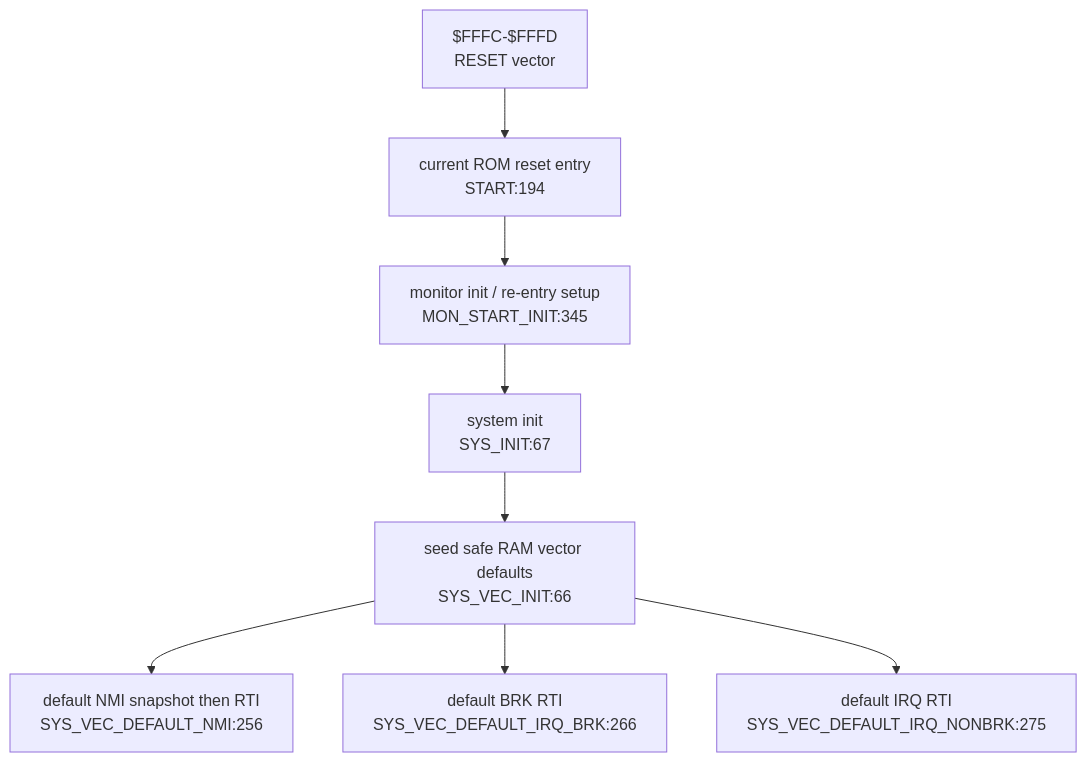
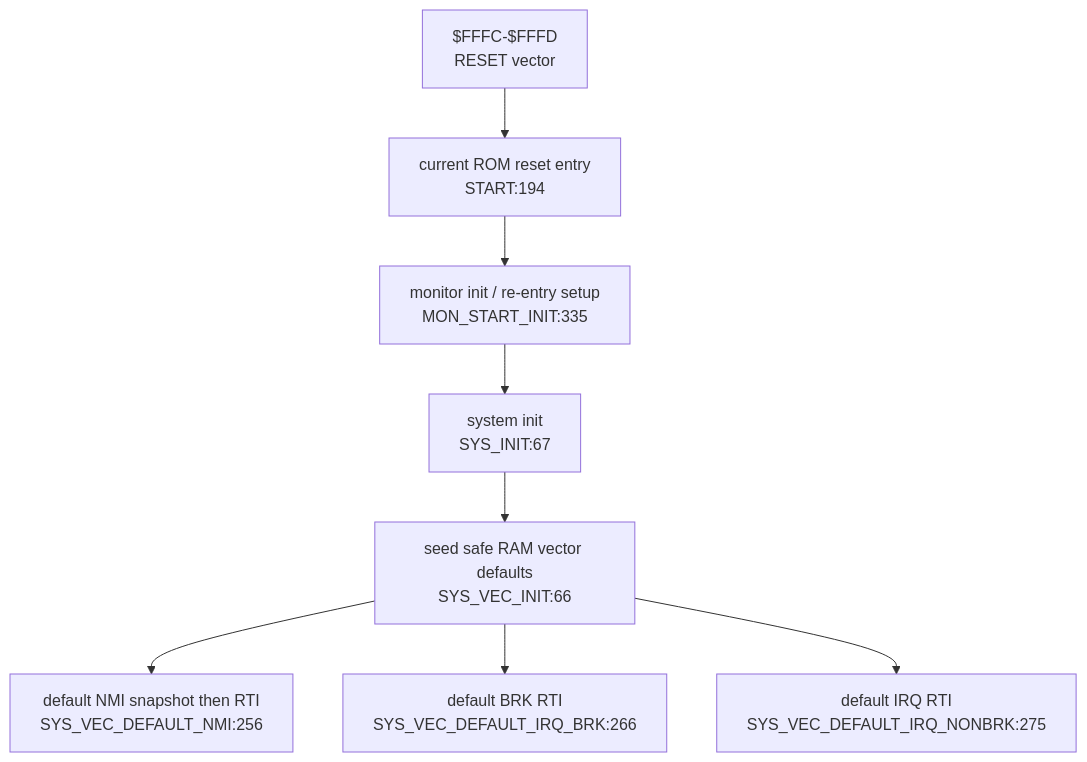
Before and after one commit to 95westus/R-YORS: the second of 6 diagrams in DOC/GENERATED/INTERRUPT_VECTOR_MAP.md, drawn with Mermaid. The commit also changed other lines of this file and 53 other files, not shown here.

````diff
--- a/DOC/GENERATED/INTERRUPT_VECTOR_MAP.md
+++ b/DOC/GENERATED/INTERRUPT_VECTOR_MAP.md
@@ -37,10 +37,10 @@
 ```mermaid
 flowchart TD
     RESETV["$FFFC-$FFFD<br/>RESET vector"] --> STARTN["current ROM reset entry<br/>START:194"]
-    STARTN --> INIT["monitor init / re-entry setup<br/>MON_START_INIT:345"]
+    STARTN --> INIT["monitor init / re-entry setup<br/>MON_START_INIT:335"]
     INIT --> SYSINIT["system init<br/>SYS_INIT:67"]
     SYSINIT --> VECINIT["seed safe RAM vector defaults<br/>SYS_VEC_INIT:66"]
     VECINIT --> DEFNMI["default NMI snapshot then RTI<br/>SYS_VEC_DEFAULT_NMI:256"]
     VECINIT --> DEFBRK["default BRK RTI<br/>SYS_VEC_DEFAULT_IRQ_BRK:266"]
     VECINIT --> DEFIRQ["default IRQ RTI<br/>SYS_VEC_DEFAULT_IRQ_NONBRK:275"]
 ```
````
